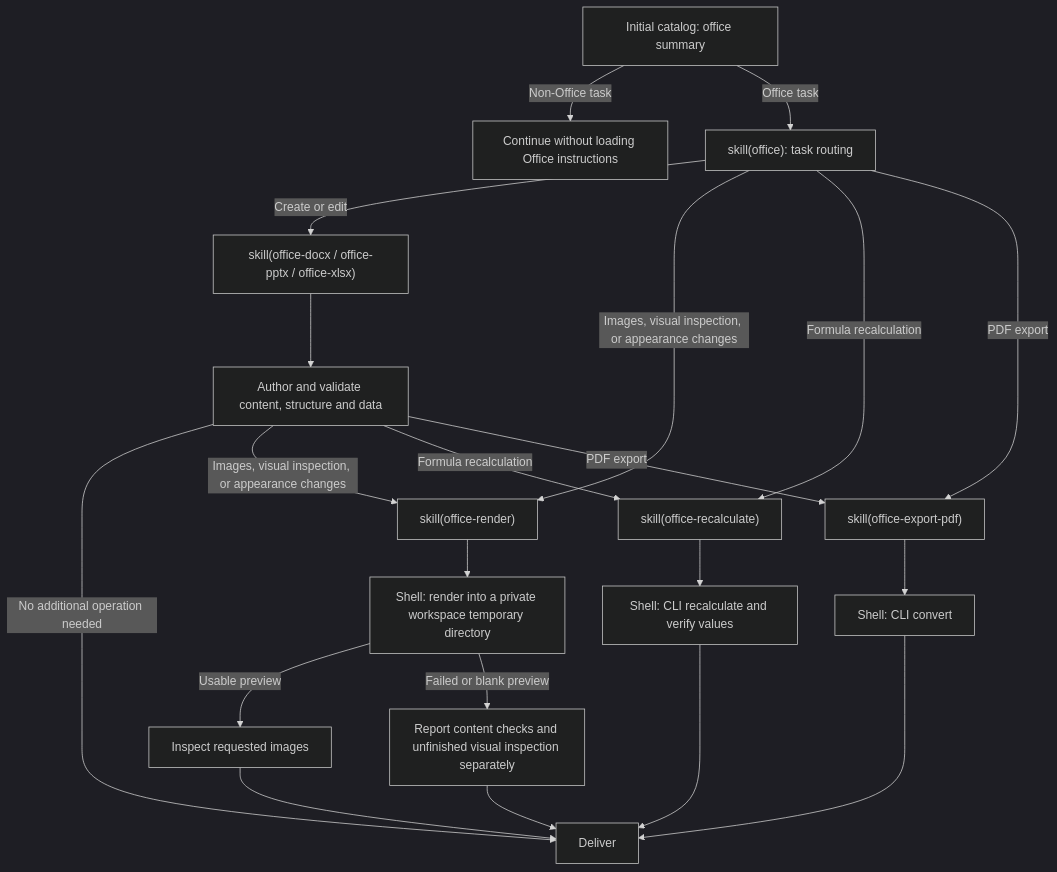
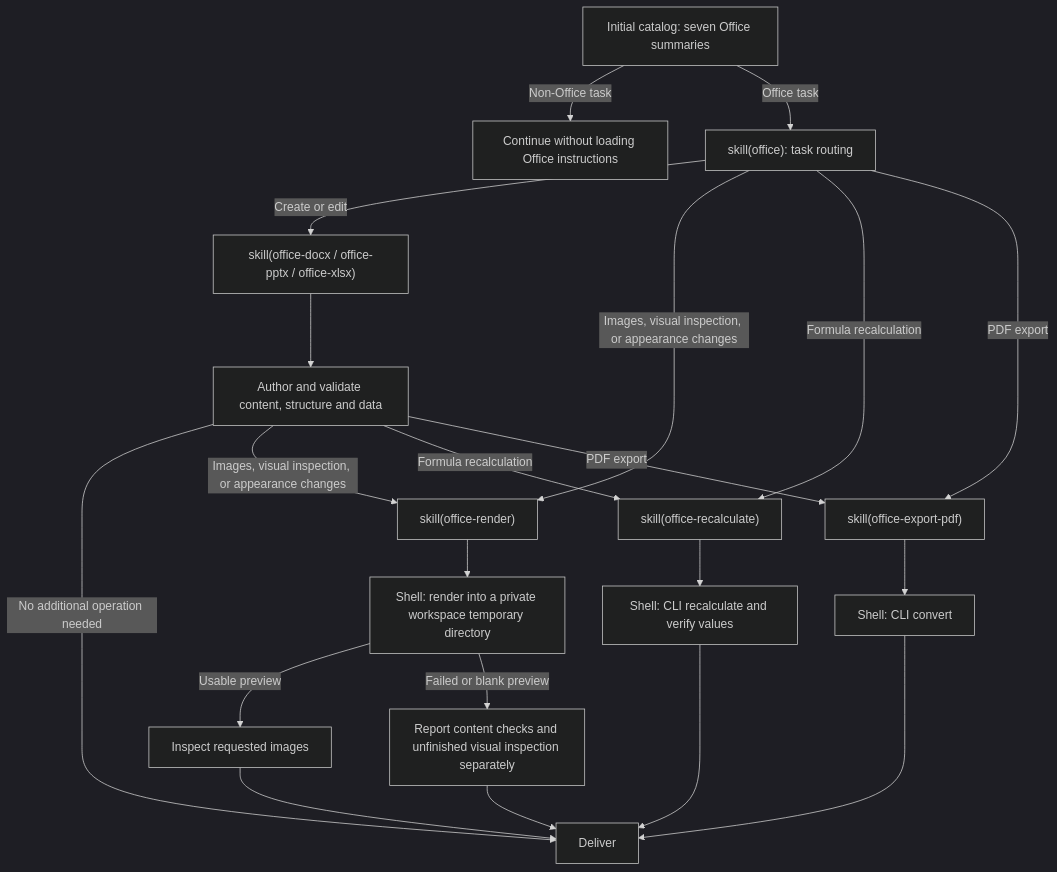
The diagram in packages/skill/skill-office/README.md (guojiaxian/deepseek-harness-WTAgent), drawn with Mermaid (dark theme) before and after one commit. The commit also changed other lines of this file and 204 other files, not shown here.

````diff
--- a/packages/skill/skill-office/README.md
+++ b/packages/skill/skill-office/README.md
@@ -59,28 +59,28 @@
 ```mermaid
 flowchart TD
-    A["Initial catalog: office summary"]
+    A["Initial catalog: seven Office summaries"]
     A -->|Non-Office task| N["Continue without loading Office instructions"]
     A -->|Office task| B["skill(office): task routing"]
 
     B -->|Create or edit| C["skill(office-docx / office-pptx / office-xlsx)"]
     C --> D["Author and validate content, structure and data"]
     D -->|No additional operation needed| F["Deliver"]
 
     B -->|Images, visual inspection, or appearance changes| R["skill(office-render)"]
     D -->|Images, visual inspection, or appearance changes| R
     R --> RC["Shell: render into a private workspace temporary directory"]
     RC -->|Usable preview| V["Inspect requested images"]
     V --> F
     RC -->|Failed or blank preview| L["Report content checks and unfinished visual inspection separately"]
     L --> F
 
     B -->|Formula recalculation| X["skill(office-recalculate)"]
     D -->|Formula recalculation| X
     X --> XC["Shell: CLI recalculate and verify values"]
     XC --> F
 
     B -->|PDF export| P["skill(office-export-pdf)"]
     D -->|PDF export| P
     P --> PC["Shell: CLI convert"]
     PC --> F
 ```
````
